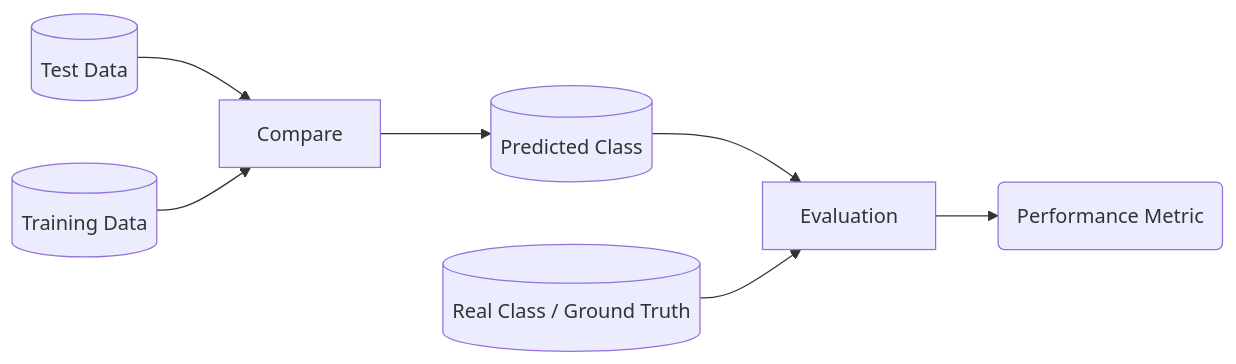
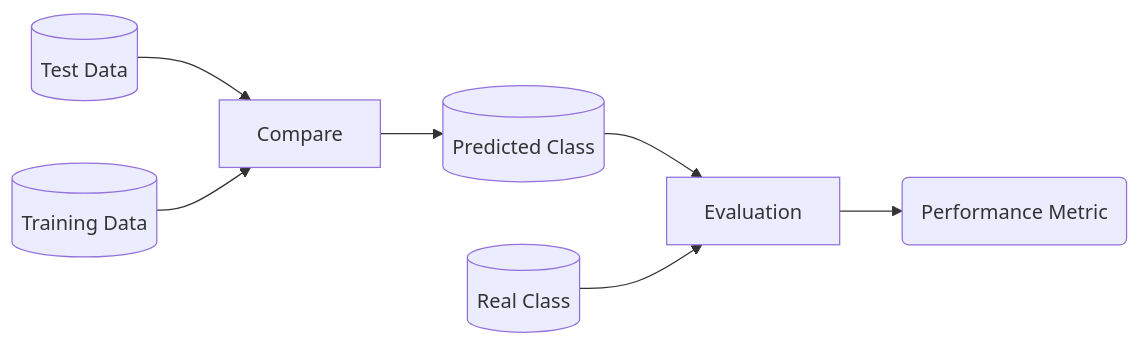
One commit to w4bo/AA2627-unibo-mldm changed the third of 3 diagrams in slides/_00-ml.qmd. Above: the diagram before and after it, drawn with Mermaid. The commit also changed other lines of this file and 3 other files, not shown here.

Commit message:
fix: update the charts

````diff
--- a/slides/_00-ml.qmd
+++ b/slides/_00-ml.qmd
@@ -350,10 +350,10 @@
 ```{mermaid}
 %%| echo: false
 flowchart LR
     A[(Test Data)] --> B[Compare]
     C[(Training Data)] --> B
     B --> D[(Predicted Class)]
     D --> E[Evaluation]
-    F[(Real Class / Ground Truth)] --> E
+    F[(Real Class)] --> E
     E --> G(Performance Metric)
 ```
````
